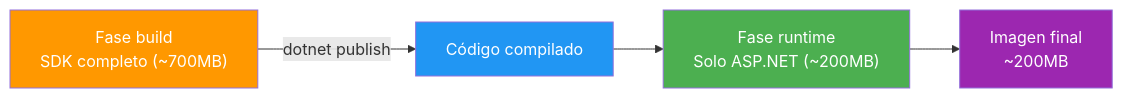
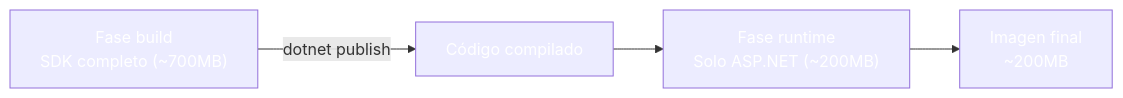
One commit to joseluisgs/DesarrolloWebEntornosServidor-02-2026-2027 changed the first of 2 diagrams in 10-pruebas-despliegue.md. Above: the diagram before and after it, drawn with Mermaid. The commit also changed other lines of this file and 41 other files, not shown here.

````diff
--- a/10-pruebas-despliegue.md
+++ b/10-pruebas-despliegue.md
@@ -277,11 +277,11 @@
 ```mermaid
 flowchart LR
     A["Fase build<br/>SDK completo (~700MB)"] -->|dotnet publish| B["Código compilado"]
     B --> C["Fase runtime<br/>Solo ASP.NET (~200MB)"]
     C --> D["Imagen final<br/>~200MB"]
 
-    style A fill:#FF9800,color:#fff
-    style B fill:#2196F3,color:#fff
-    style C fill:#4CAF50,color:#fff
-    style D fill:#9C27B0,color:#fff
+    style A fill:#FF980,color:#fff0,color:#fff
+    style B fill:#2196F,color:#fff3,color:#fff
+    style C fill:#4CAF5,color:#fff0,color:#fff
+    style D fill:#9C27B,color:#fff0,color:#fff
 ```
````
